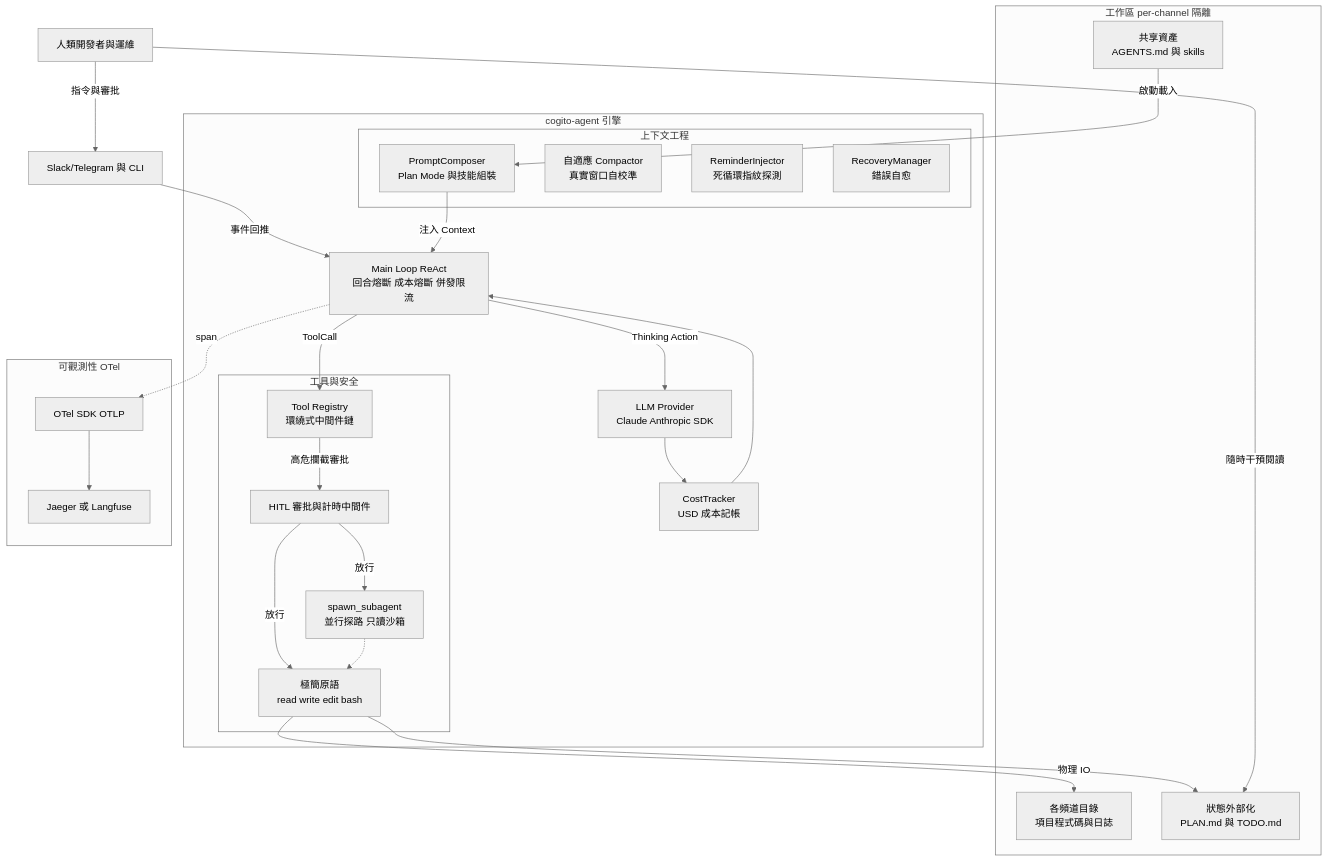
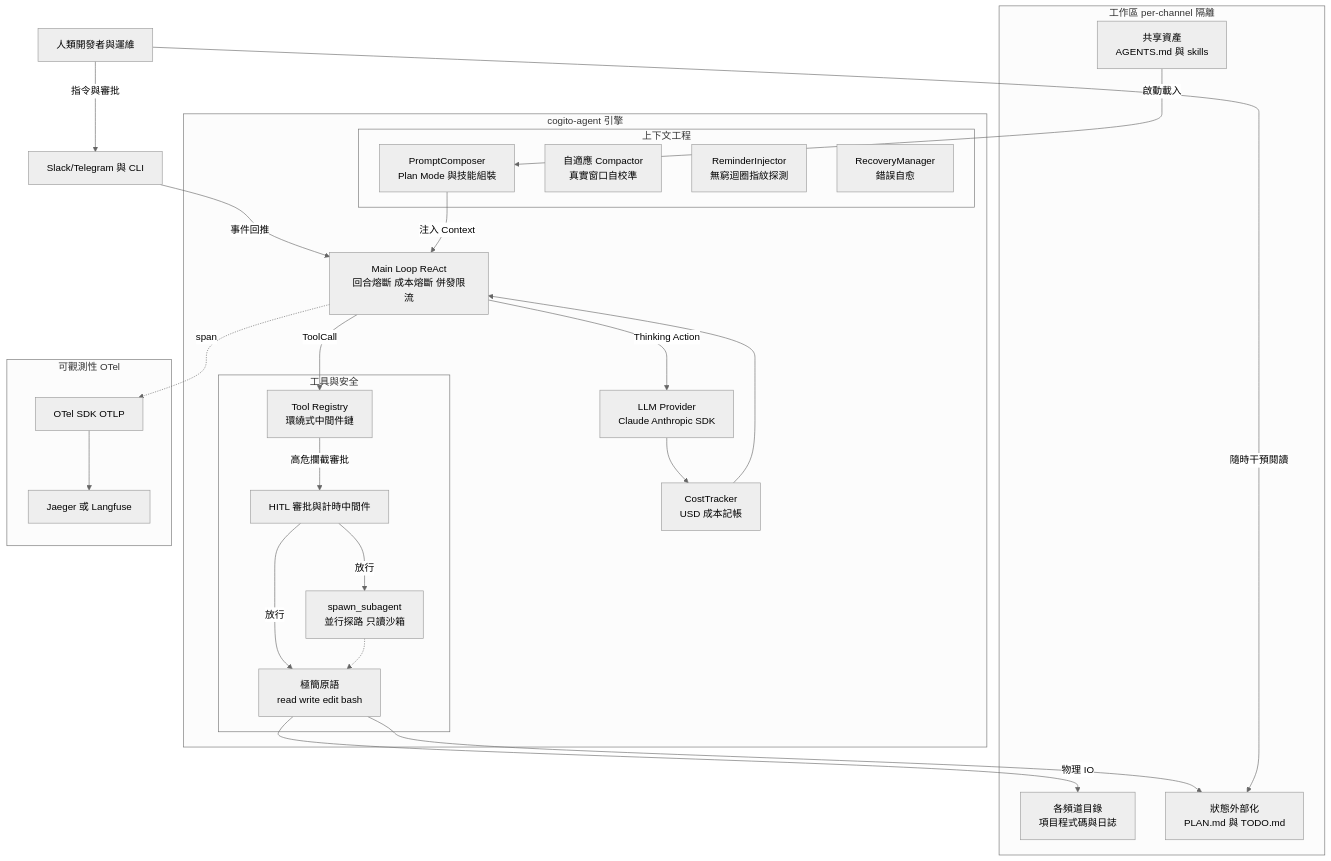
One commit to SIMPLYBOYS/cogito-agent changed the first of 2 diagrams in README.md. Above: the diagram before and after it, drawn with Mermaid (neutral theme). The commit also changed other lines of this file, not shown here.

````diff
--- a/README.md
+++ b/README.md
@@ -66,54 +66,54 @@
 ```mermaid
 flowchart TB
   HUMAN["人類開發者與運維"]
   IM["Slack/Telegram 與 CLI"]
 
   subgraph ENGINE["cogito-agent 引擎"]
     LLM["LLM Provider<br/>Claude Anthropic SDK"]
     COST["CostTracker<br/>USD 成本記帳"]
     LOOP["Main Loop ReAct<br/>回合熔斷 成本熔斷 併發限流"]
 
     subgraph CTX["上下文工程"]
       COMPOSER["PromptComposer<br/>Plan Mode 與技能組裝"]
       COMPACT["自適應 Compactor<br/>真實窗口自校準"]
-      REMIND["ReminderInjector<br/>死循環指紋探測"]
+      REMIND["ReminderInjector<br/>無窮迴圈指紋探測"]
       RECOVER["RecoveryManager<br/>錯誤自愈"]
     end
 
     subgraph TZ["工具與安全"]
       REG["Tool Registry<br/>環繞式中間件鏈"]
       MW["HITL 審批與計時中間件"]
       PRIM["極簡原語<br/>read write edit bash"]
       SUB["spawn_subagent<br/>並行探路 只讀沙箱"]
     end
   end
 
   subgraph WS["工作區 per-channel 隔離"]
     ASSETS["共享資產<br/>AGENTS.md 與 skills"]
     PROJ["各頻道目錄<br/>項目程式碼與日誌"]
     STATE["狀態外部化<br/>PLAN.md 與 TODO.md"]
   end
 
   subgraph OBS["可觀測性 OTel"]
     OTEL["OTel SDK OTLP"]
     BACKEND["Jaeger 或 Langfuse"]
   end
 
   HUMAN -->|指令與審批| IM
   IM -->|事件回推| LOOP
   COMPOSER -->|注入 Context| LOOP
   LOOP -->|Thinking Action| LLM
   LLM --> COST
   COST --> LOOP
   LOOP -->|ToolCall| REG
   REG -->|高危攔截審批| MW
   MW -->|放行| PRIM
   MW -->|放行| SUB
   SUB -.-> PRIM
   ASSETS -->|啟動載入| COMPOSER
   PRIM -->|物理 IO| PROJ
   PRIM --> STATE
   HUMAN -->|隨時干預閱讀| STATE
   LOOP -.->|span| OTEL
   OTEL --> BACKEND
 ```
````
